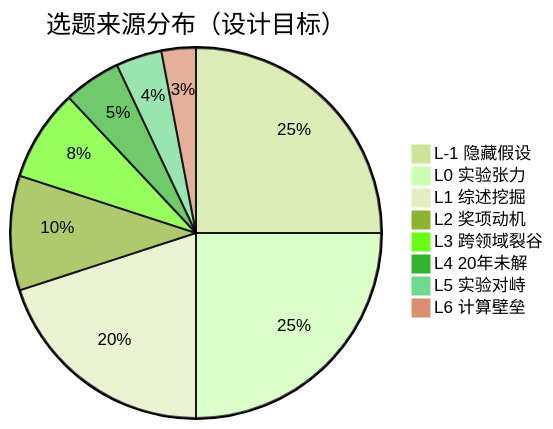
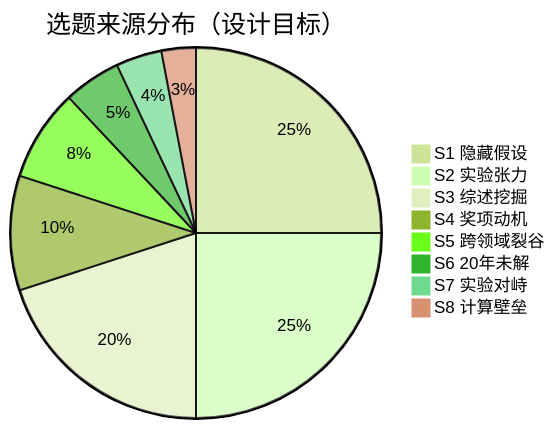
The sixth of 8 diagrams in README.md (val1813/Polaris), drawn with Mermaid (forest theme) before and after one commit. The commit also changed other lines of this file and 52 other files, not shown here.

````diff
--- a/README.md
+++ b/README.md
@@ -603,11 +657,11 @@
 ```mermaid
 pie title 选题来源分布（设计目标）
-    "L-1 隐藏假设" : 25
-    "L0 实验张力" : 25
-    "L1 综述挖掘" : 20
-    "L2 奖项动机" : 10
-    "L3 跨领域裂谷" : 8
-    "L4 20年未解" : 5
-    "L5 实验对峙" : 4
-    "L6 计算壁垒" : 3
+    "S1 隐藏假设" : 25
+    "S2 实验张力" : 25
+    "S3 综述挖掘" : 20
+    "S4 奖项动机" : 10
+    "S5 跨领域裂谷" : 8
+    "S6 20年未解" : 5
+    "S7 实验对峙" : 4
+    "S8 计算壁垒" : 3
 ```
````
